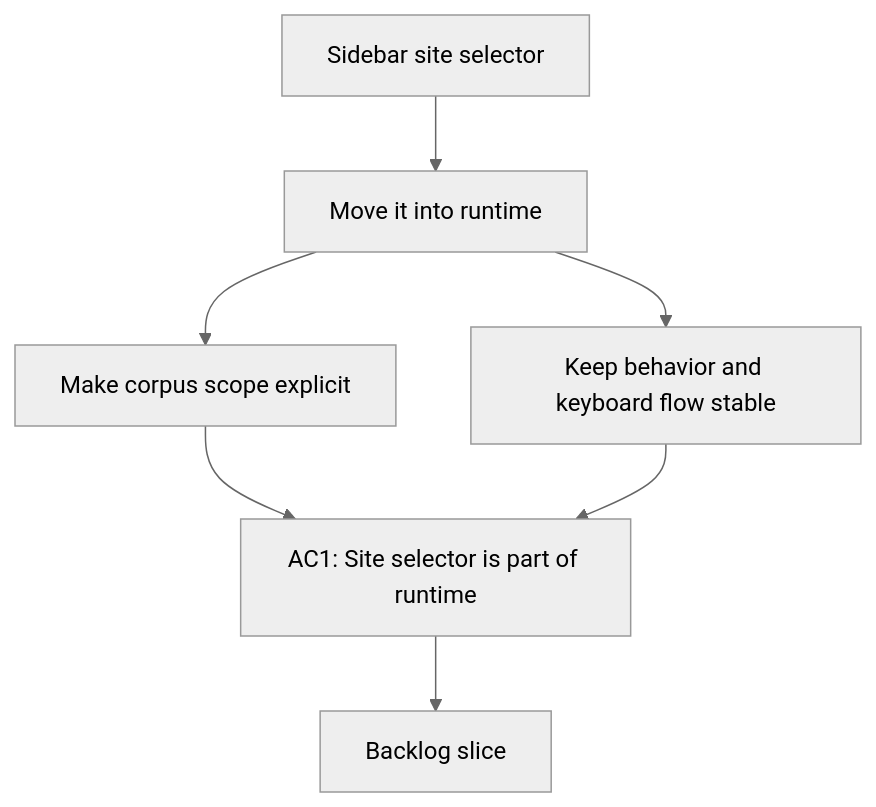
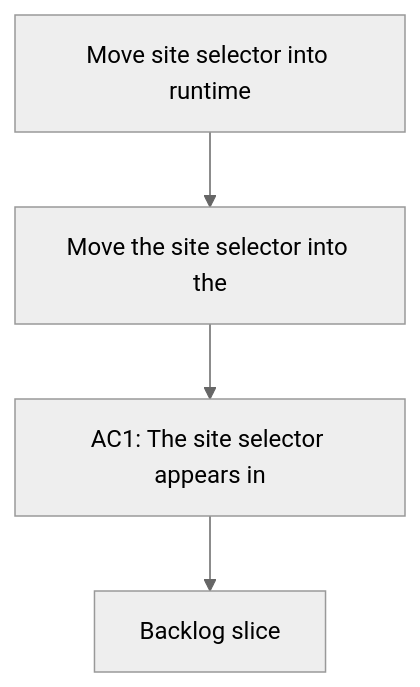
One commit to AlexAgo83/deepvault changed the diagram in logics/request/req_013_move_site_selector_into_runtime.md. Above: the diagram before and after it, drawn with Mermaid (neutral theme). The commit also changed 57 other files, not shown here.

````diff
--- a/logics/request/req_013_move_site_selector_into_runtime.md
+++ b/logics/request/req_013_move_site_selector_into_runtime.md
@@ -23,11 +23,8 @@
 ```mermaid
 %% logics-kind: request
 %% logics-signature: request|move-site-selector-into-runtime|move-the-site-selector-into-the|ac1-the-site-selector-appears-in
 flowchart TD
-    Trigger[Sidebar site selector] --> Need[Move it into runtime]
-    Need --> Value[Make corpus scope explicit]
-    Need --> Constraints[Keep behavior and keyboard flow stable]
-    Value --> Outcome[AC1: Site selector is part of runtime]
-    Constraints --> Outcome
+    Trigger[Move site selector into runtime] --> Need[Move the site selector into the]
+    Need --> Outcome[AC1: The site selector appears in]
     Outcome --> Backlog[Backlog slice]
 ```
````
